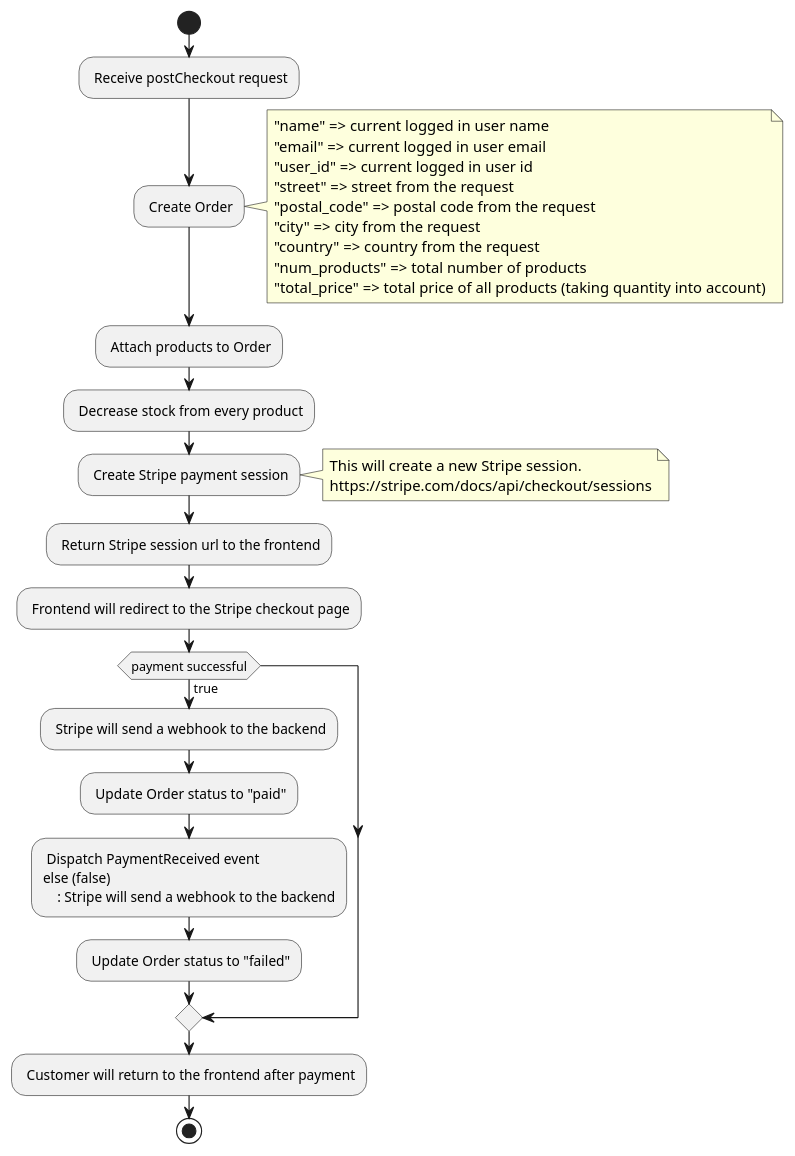
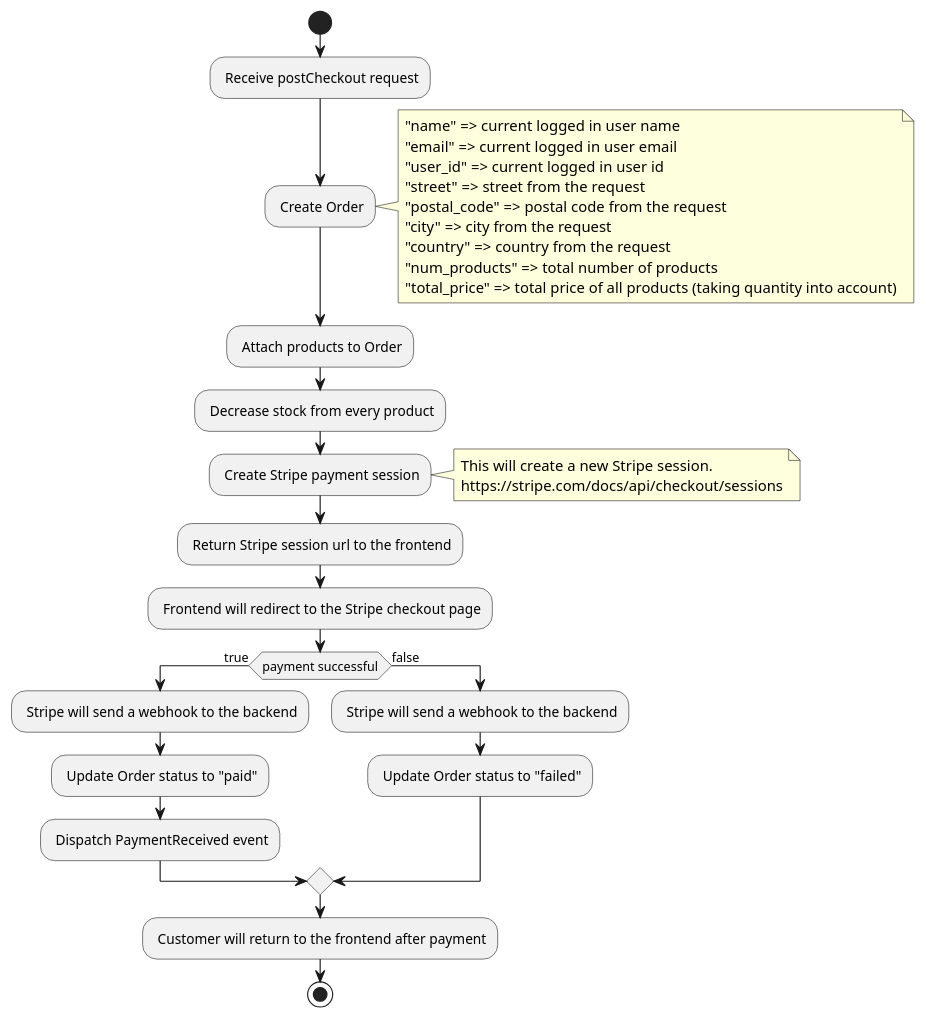
The diagram in diagrams/checkout/checkout.puml (RawFocus/webshop), drawn with PlantUML before and after one commit. The commit also changed 1 other file, not shown here.

```diff
--- a/diagrams/checkout/checkout.puml
+++ b/diagrams/checkout/checkout.puml
@@ -1,40 +1,40 @@
 
 start
 : Receive postCheckout request;
 : Create Order;
     note right
         "name" => current logged in user name
         "email" => current logged in user email
         "user_id" => current logged in user id
         "street" => street from the request
         "postal_code" => postal code from the request
         "city" => city from the request
         "country" => country from the request
         "num_products" => total number of products
         "total_price" => total price of all products (taking quantity into account)
     end note    
 
     : Attach products to Order;
     : Decrease stock from every product;
     : Create Stripe payment session;
         note right
             This will create a new Stripe session.
             https://stripe.com/docs/api/checkout/sessions
         end note
 
     : Return Stripe session url to the frontend;
 
     : Frontend will redirect to the Stripe checkout page;
 
     if (payment successful) then (true)
         : Stripe will send a webhook to the backend;
         : Update Order status to "paid";
-        : Dispatch PaymentReceived event
+        : Dispatch PaymentReceived event;
     else (false)
         : Stripe will send a webhook to the backend;
         : Update Order status to "failed";
     endif
 
     : Customer will return to the frontend after payment;
 
 stop
```
